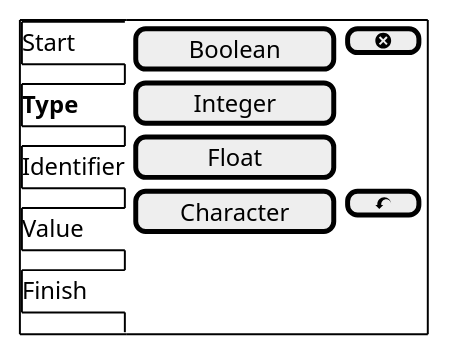
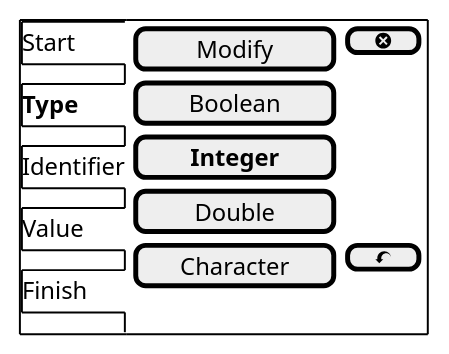
The diagram in images/iterate-primitive-type.plantuml (iteratecode/.github), drawn with PlantUML before and after one commit. The commit also changed 2 other files, not shown here.

```diff
--- a/images/iterate-primitive-type.plantuml
+++ b/images/iterate-primitive-type.plantuml
@@ -1,15 +1,16 @@
 @startsalt
 {+
 {/ Start
 <b>Type
 Identifier
 Value
 Finish } |
 {
-  [Boolean     ] | [ <&circle-x> ]
-  [Integer     ] | *
-  [Float       ] | *
+  [Modify      ] | [ <&circle-x> ]
+  [Boolean     ] | *
+  [<b>Integer     ] | *
+  [Double      ] | *
   [Character   ] | [ <&action-undo> ]
 }
 }
 @endsalt
```
